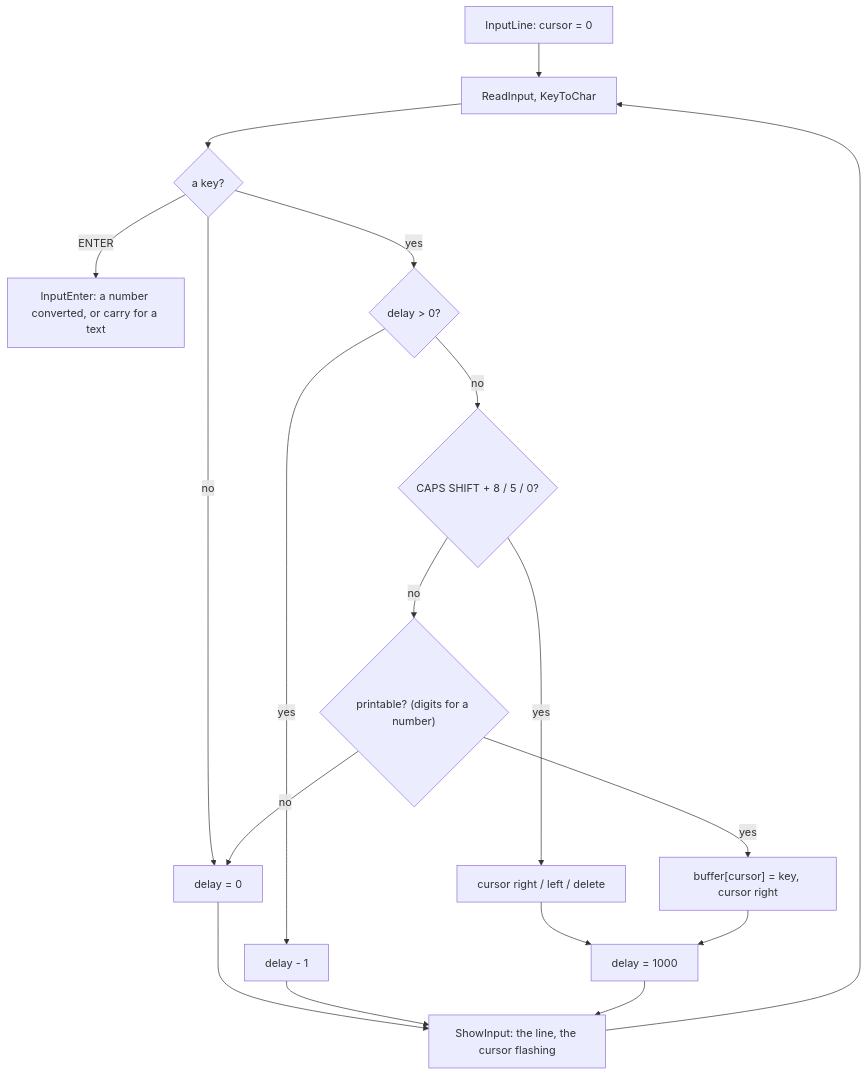
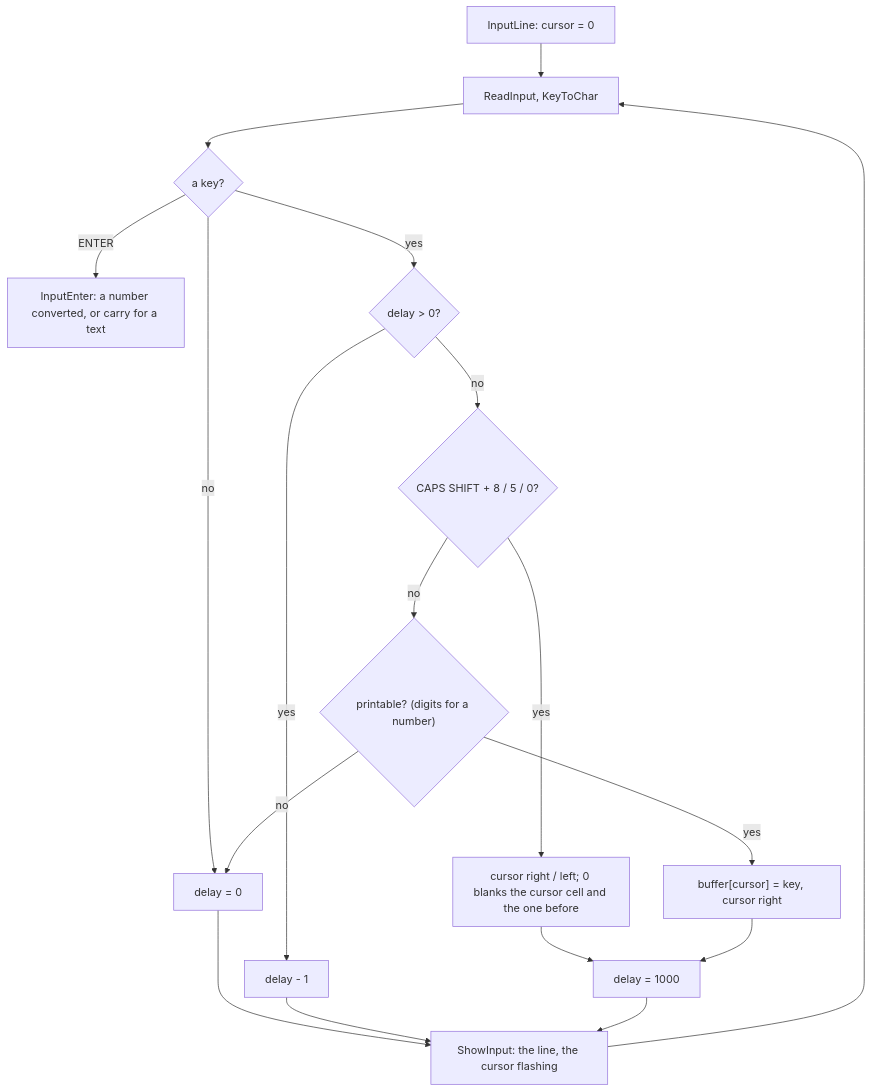
Before and after one commit to alfishe/unrealng-reverse-cases: diagram 11 of 11 in games/simcity/docs/08-hud-and-text.md, drawn with Mermaid. The commit also changed other lines of this file and 40 other files, not shown here.

````diff
--- a/games/simcity/docs/08-hud-and-text.md
+++ b/games/simcity/docs/08-hud-and-text.md
@@ -1173,20 +1186,20 @@
 ```mermaid
 flowchart TD
     S["InputLine: cursor = 0"] --> R["ReadInput, KeyToChar"]
     R --> K{"a key?"}
     K -->|no| ND["delay = 0"]
     K -->|ENTER| EN["InputEnter: a number converted, or carry for a text"]
     K -->|yes| D{"delay > 0?"}
     D -->|yes| DD["delay - 1"]
     D -->|no| CS{"CAPS SHIFT + 8 / 5 / 0?"}
-    CS -->|yes| CU["cursor right / left / delete"]
+    CS -->|yes| CU["cursor right / left; 0 blanks the cursor cell and the one before"]
     CS -->|no| PR{"printable? (digits for a number)"}
     PR -->|yes| PU["buffer[cursor] = key, cursor right"]
     PR -->|no| ND
     CU --> RP["delay = 1000"]
     PU --> RP
     ND --> SH["ShowInput: the line, the cursor flashing"]
     DD --> SH
     RP --> SH
     SH --> R
 ```
````
